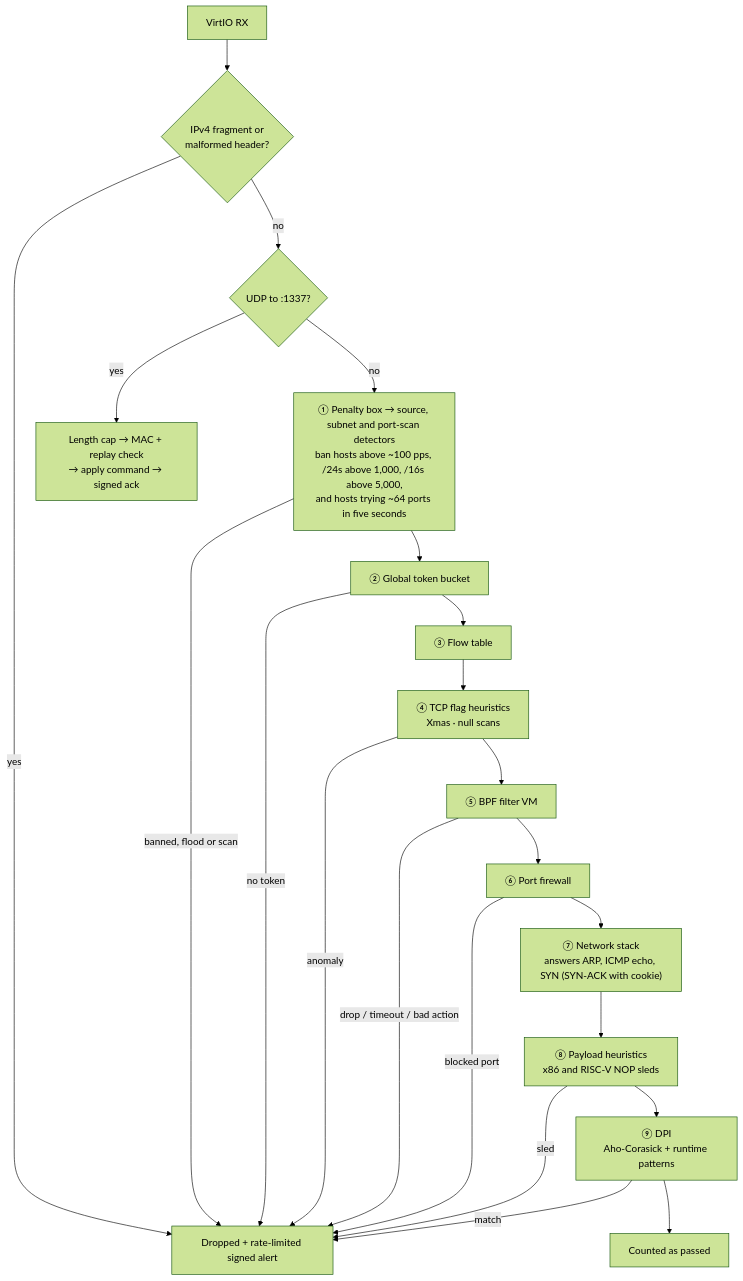
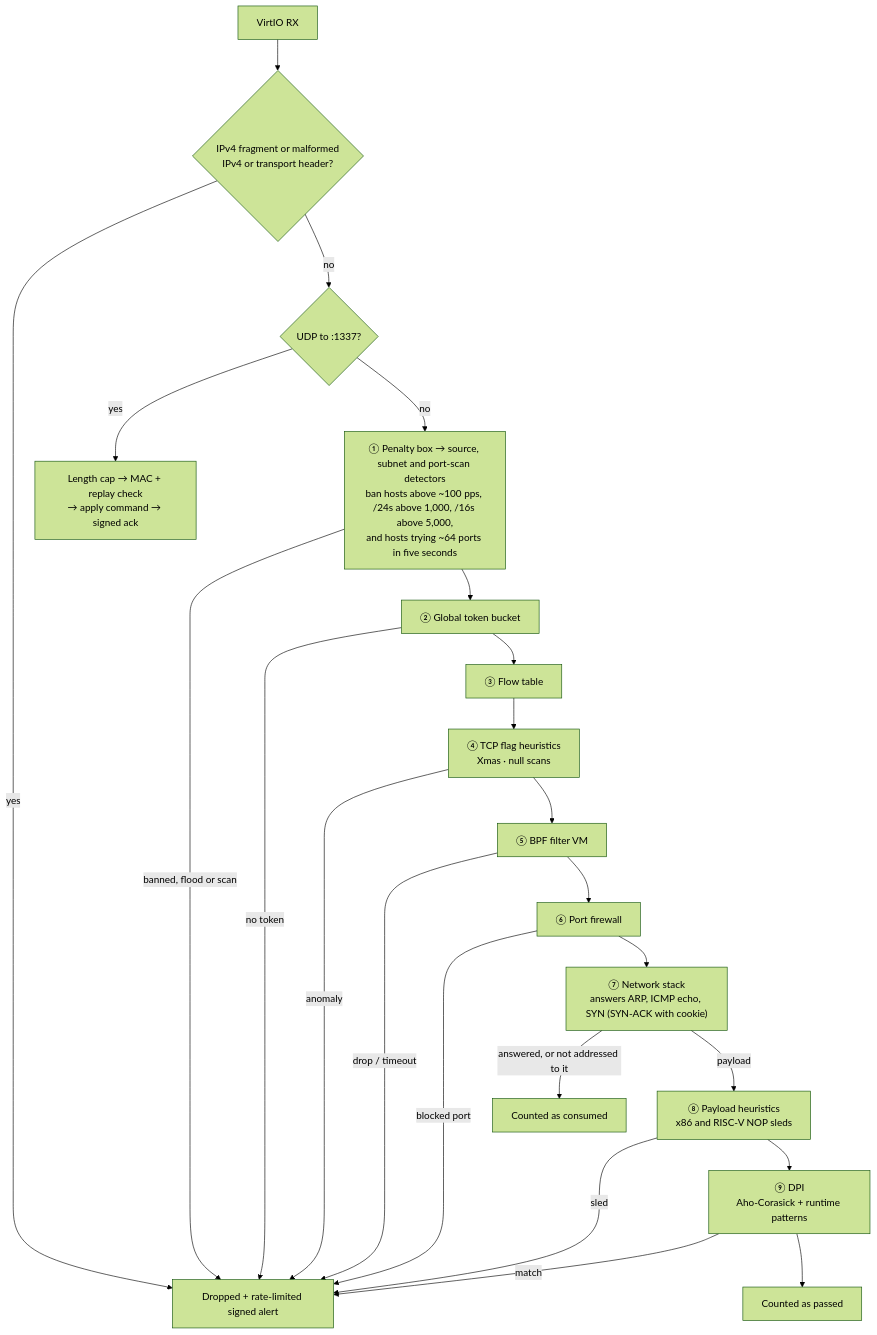
Before and after one commit to willmccallion/riscv-security-unikernel: the second of 2 diagrams in README.md, drawn with Mermaid (forest theme). The commit also changed other lines of this file, not shown here.

Commit message:
Correct stale pipeline, BPF and detector claims in the README

````diff
--- a/README.md
+++ b/README.md
@@ -50,38 +50,41 @@
 ```mermaid
 flowchart TD
     RX["VirtIO RX"]
-    IP{"IPv4 fragment or<br/>malformed header?"}
+    IP{"IPv4 fragment or malformed<br/>IPv4 or transport header?"}
     MG{"UDP to :1337?"}
     ML["Length cap → MAC + replay check<br/>→ apply command → signed ack"]
     PB["① Penalty box → source, subnet and port-scan detectors<br/>ban hosts above ~100 pps, /24s above 1,000, /16s above 5,000,<br/>and hosts trying ~64 ports in five seconds"]
     TB["② Global token bucket"]
     FT["③ Flow table"]
     TF["④ TCP flag heuristics<br/>Xmas · null scans"]
     BPF["⑤ BPF filter VM"]
     FW["⑥ Port firewall"]
     ST["⑦ Network stack<br/>answers ARP, ICMP echo, SYN (SYN-ACK with cookie)"]
     HP["⑧ Payload heuristics<br/>x86 and RISC-V NOP sleds"]
     DPI["⑨ DPI<br/>Aho-Corasick + runtime patterns"]
     PASS["Counted as passed"]
+    DONE["Counted as consumed"]
     DROP["Dropped + rate-limited signed alert"]
 
     RX --> IP
     IP -->|yes| DROP
     IP -->|no| MG
     MG -->|yes| ML
     MG -->|no| PB
     PB -->|banned, flood or scan| DROP
     PB --> TB
     TB -->|no token| DROP
     TB --> FT --> TF
     TF -->|anomaly| DROP
     TF --> BPF
-    BPF -->|drop / timeout / bad action| DROP
+    BPF -->|drop / timeout| DROP
     BPF --> FW
     FW -->|blocked port| DROP
-    FW --> ST --> HP
+    FW --> ST
+    ST -->|answered, or not addressed to it| DONE
+    ST -->|payload| HP
     HP -->|sled| DROP
     HP --> DPI
     DPI -->|match| DROP
     DPI --> PASS
 ```
````
